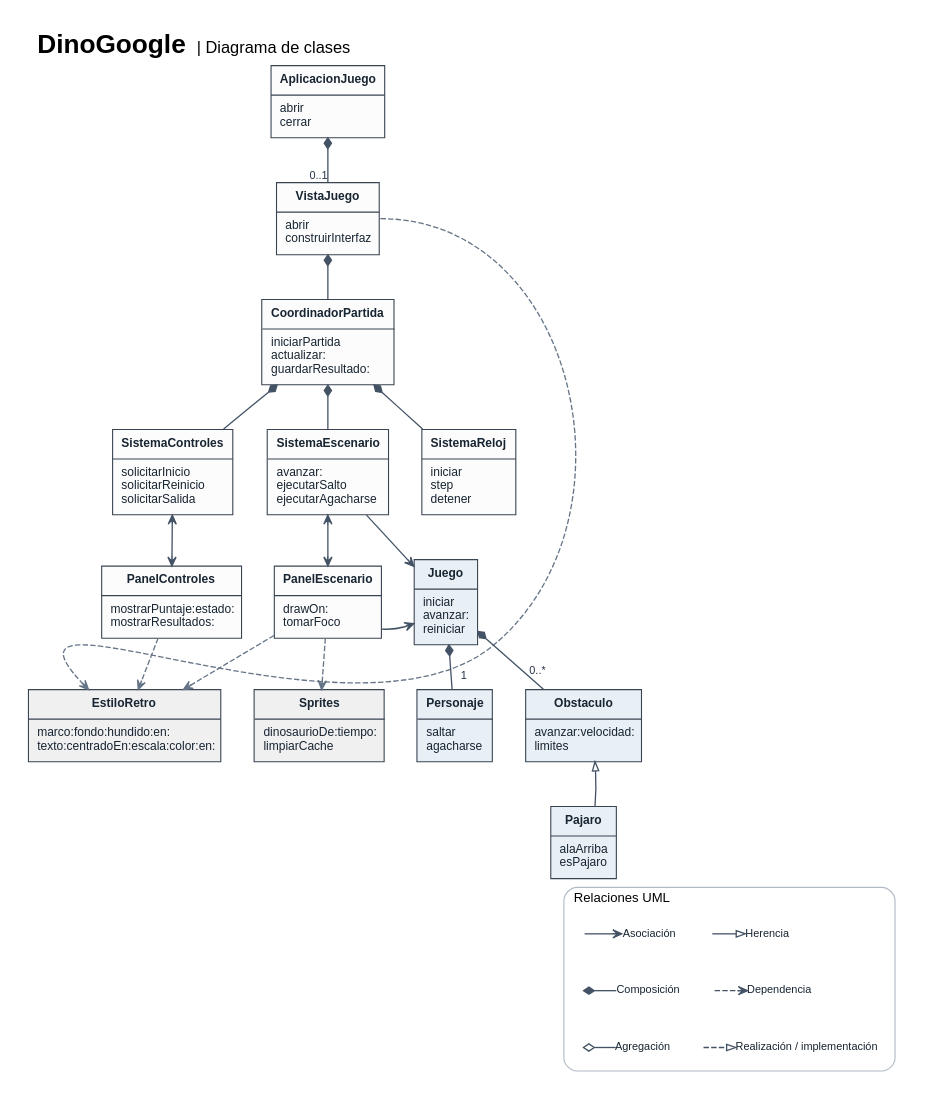
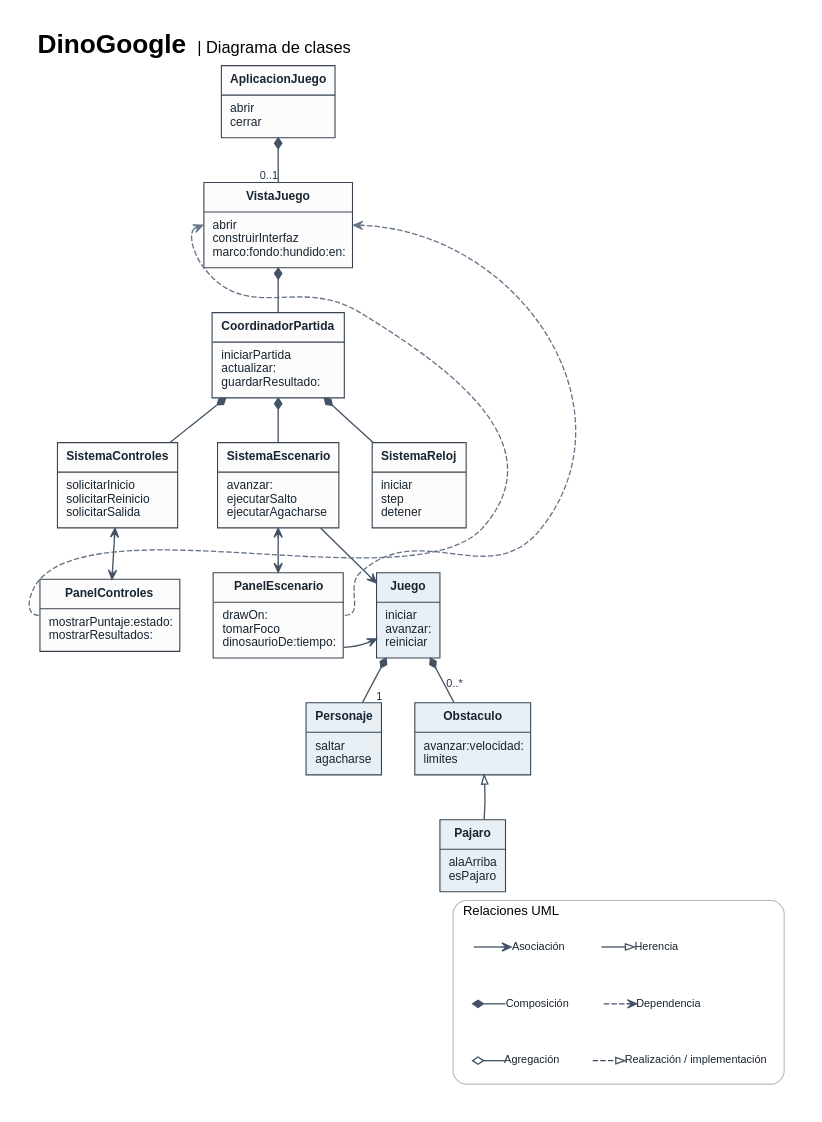
One commit to CnioritoD/DinoGoogle changed the diagram in docs/diagrama-de-clases.dot. Above: the diagram before and after it, drawn with Graphviz. The commit also changed 6 other files, not shown here.

Commit message:
Integrar el estilo y los sprites en las vistas existentes

```diff
--- a/docs/diagrama-de-clases.dot
+++ b/docs/diagrama-de-clases.dot
@@ -1,132 +1,123 @@
 digraph DinoGoogle {
   graph [rankdir=TB, bgcolor="#ffffff", pad=0.26, nodesep=0.42, ranksep=0.57,
     fontname="Arial", fontsize=24, labelloc=t, labeljust=l,
     label=<<B>DinoGoogle</B> <FONT POINT-SIZE="15">| Diagrama de clases</FONT>>];
   node [shape=plain, fontname="Arial", fontsize=11,
     color="#394452", fontcolor="#172431", penwidth=1.15, margin="0.16,0.09"];
   edge [fontname="Arial", fontsize=10, color="#435365", fontcolor="#243246",
     penwidth=1.2, arrowsize=0.83];
 
   AplicacionJuego [label=<<TABLE BORDER="1" COLOR="#394452" CELLBORDER="0" CELLSPACING="0" CELLPADDING="7" BGCOLOR="#fcfcfc">
     <TR><TD><B>AplicacionJuego</B></TD></TR>
     <HR/><TR><TD ALIGN="LEFT" BALIGN="LEFT">abrir<BR ALIGN="LEFT"/>cerrar</TD></TR>
   </TABLE>>];
   VistaJuego [label=<<TABLE BORDER="1" COLOR="#394452" CELLBORDER="0" CELLSPACING="0" CELLPADDING="7" BGCOLOR="#fcfcfc">
     <TR><TD><B>VistaJuego</B></TD></TR>
-    <HR/><TR><TD ALIGN="LEFT" BALIGN="LEFT">abrir<BR ALIGN="LEFT"/>construirInterfaz</TD></TR>
+    <HR/><TR><TD ALIGN="LEFT" BALIGN="LEFT">abrir<BR ALIGN="LEFT"/>construirInterfaz<BR ALIGN="LEFT"/>marco:fondo:hundido:en:</TD></TR>
   </TABLE>>];
   CoordinadorPartida [label=<<TABLE BORDER="1" COLOR="#394452" CELLBORDER="0" CELLSPACING="0" CELLPADDING="7" BGCOLOR="#fcfcfc">
     <TR><TD><B>CoordinadorPartida</B></TD></TR>
     <HR/><TR><TD ALIGN="LEFT" BALIGN="LEFT">iniciarPartida<BR ALIGN="LEFT"/>actualizar:<BR ALIGN="LEFT"/>guardarResultado:</TD></TR>
   </TABLE>>];
   SistemaControles [label=<<TABLE BORDER="1" COLOR="#394452" CELLBORDER="0" CELLSPACING="0" CELLPADDING="7" BGCOLOR="#fcfcfc">
     <TR><TD><B>SistemaControles</B></TD></TR>
     <HR/><TR><TD ALIGN="LEFT" BALIGN="LEFT">solicitarInicio<BR ALIGN="LEFT"/>solicitarReinicio<BR ALIGN="LEFT"/>solicitarSalida</TD></TR>
   </TABLE>>];
   SistemaEscenario [label=<<TABLE BORDER="1" COLOR="#394452" CELLBORDER="0" CELLSPACING="0" CELLPADDING="7" BGCOLOR="#fcfcfc">
     <TR><TD><B>SistemaEscenario</B></TD></TR>
     <HR/><TR><TD ALIGN="LEFT" BALIGN="LEFT">avanzar:<BR ALIGN="LEFT"/>ejecutarSalto<BR ALIGN="LEFT"/>ejecutarAgacharse</TD></TR>
   </TABLE>>];
   SistemaReloj [label=<<TABLE BORDER="1" COLOR="#394452" CELLBORDER="0" CELLSPACING="0" CELLPADDING="7" BGCOLOR="#fcfcfc">
     <TR><TD><B>SistemaReloj</B></TD></TR>
     <HR/><TR><TD ALIGN="LEFT" BALIGN="LEFT">iniciar<BR ALIGN="LEFT"/>step<BR ALIGN="LEFT"/>detener</TD></TR>
   </TABLE>>];
   PanelControles [label=<<TABLE BORDER="1" COLOR="#394452" CELLBORDER="0" CELLSPACING="0" CELLPADDING="7" BGCOLOR="#fcfcfc">
     <TR><TD><B>PanelControles</B></TD></TR>
     <HR/><TR><TD ALIGN="LEFT" BALIGN="LEFT">mostrarPuntaje:estado:<BR ALIGN="LEFT"/>mostrarResultados:</TD></TR>
   </TABLE>>];
   PanelEscenario [label=<<TABLE BORDER="1" COLOR="#394452" CELLBORDER="0" CELLSPACING="0" CELLPADDING="7" BGCOLOR="#fcfcfc">
     <TR><TD><B>PanelEscenario</B></TD></TR>
-    <HR/><TR><TD ALIGN="LEFT" BALIGN="LEFT">drawOn:<BR ALIGN="LEFT"/>tomarFoco</TD></TR>
+    <HR/><TR><TD ALIGN="LEFT" BALIGN="LEFT">drawOn:<BR ALIGN="LEFT"/>tomarFoco<BR ALIGN="LEFT"/>dinosaurioDe:tiempo:</TD></TR>
   </TABLE>>];
   Juego [label=<<TABLE BORDER="1" COLOR="#394452" CELLBORDER="0" CELLSPACING="0" CELLPADDING="7" BGCOLOR="#e9f0f5">
     <TR><TD><B>Juego</B></TD></TR>
     <HR/><TR><TD ALIGN="LEFT" BALIGN="LEFT">iniciar<BR ALIGN="LEFT"/>avanzar:<BR ALIGN="LEFT"/>reiniciar</TD></TR>
   </TABLE>>];
   Personaje [label=<<TABLE BORDER="1" COLOR="#394452" CELLBORDER="0" CELLSPACING="0" CELLPADDING="7" BGCOLOR="#e9f0f5">
     <TR><TD><B>Personaje</B></TD></TR>
     <HR/><TR><TD ALIGN="LEFT" BALIGN="LEFT">saltar<BR ALIGN="LEFT"/>agacharse</TD></TR>
   </TABLE>>];
   Obstaculo [label=<<TABLE BORDER="1" COLOR="#394452" CELLBORDER="0" CELLSPACING="0" CELLPADDING="7" BGCOLOR="#e9f0f5">
     <TR><TD><B>Obstaculo</B></TD></TR>
     <HR/><TR><TD ALIGN="LEFT" BALIGN="LEFT">avanzar:velocidad:<BR ALIGN="LEFT"/>limites</TD></TR>
   </TABLE>>];
   Pajaro [label=<<TABLE BORDER="1" COLOR="#394452" CELLBORDER="0" CELLSPACING="0" CELLPADDING="7" BGCOLOR="#e9f0f5">
     <TR><TD><B>Pajaro</B></TD></TR>
     <HR/><TR><TD ALIGN="LEFT" BALIGN="LEFT">alaArriba<BR ALIGN="LEFT"/>esPajaro</TD></TR>
-  </TABLE>>];
-  EstiloRetro [label=<<TABLE BORDER="1" COLOR="#394452" CELLBORDER="0" CELLSPACING="0" CELLPADDING="7" BGCOLOR="#f0f0f1">
-    <TR><TD><B>EstiloRetro</B></TD></TR>
-    <HR/><TR><TD ALIGN="LEFT" BALIGN="LEFT">marco:fondo:hundido:en:<BR ALIGN="LEFT"/>texto:centradoEn:escala:color:en:</TD></TR>
-  </TABLE>>];
-  Sprites [label=<<TABLE BORDER="1" COLOR="#394452" CELLBORDER="0" CELLSPACING="0" CELLPADDING="7" BGCOLOR="#f0f0f1">
-    <TR><TD><B>Sprites</B></TD></TR>
-    <HR/><TR><TD ALIGN="LEFT" BALIGN="LEFT">dinosaurioDe:tiempo:<BR ALIGN="LEFT"/>limpiarCache</TD></TR>
   </TABLE>>];
 
   // El rombo relleno va del lado del objeto que contiene al componente.
   edge [dir=back, arrowtail=diamond, arrowhead=none];
   AplicacionJuego -> VistaJuego [headlabel="0..1"];
   VistaJuego -> CoordinadorPartida;
   CoordinadorPartida -> SistemaControles;
   CoordinadorPartida -> SistemaEscenario;
   CoordinadorPartida -> SistemaReloj;
   Juego -> Personaje [headlabel="1", labeldistance=1.6, labelangle=-46];
   Juego -> Obstaculo [headlabel="0..*", labeldistance=1.7, labelangle=-30];
 
   // La asociación muestra una referencia conservada por la clase.
   edge [dir=forward, arrowtail=none, arrowhead=vee];
   SistemaControles -> PanelControles [dir=both, arrowtail=vee];
   SistemaEscenario -> PanelEscenario [dir=both, arrowtail=vee];
   SistemaEscenario -> Juego;
   PanelEscenario -> Juego [constraint=false];
 
   // La dependencia indica uso sin una referencia de instancia propia.
   edge [style=dashed, arrowhead=vee, color="#657487"];
-  PanelEscenario -> Sprites;
-  VistaJuego:e -> EstiloRetro:nw [constraint=false];
-  PanelControles -> EstiloRetro;
-  PanelEscenario -> EstiloRetro [constraint=false];
+
+  PanelControles:w -> VistaJuego:w [constraint=false];
+  PanelEscenario:e -> VistaJuego:e [constraint=false];
 
   // El triángulo hueco señala la superclase.
   edge [style=solid, color="#435365", arrowhead=onormal, constraint=false];
   Pajaro -> Obstaculo;
 
   {rank=same; SistemaControles; SistemaEscenario; SistemaReloj}
   {rank=same; PanelControles; PanelEscenario; Juego}
-  {rank=same; EstiloRetro; Sprites; Personaje; Obstaculo}
+  {rank=same; Personaje; Obstaculo}
   edge [style=invis, constraint=true, weight=10];
   PanelControles -> PanelEscenario -> Juego;
-  EstiloRetro -> Sprites -> Personaje -> Obstaculo;
+  Personaje -> Obstaculo;
   Obstaculo -> Pajaro;
 
   subgraph cluster_leyenda {
     graph [label="Relaciones UML", fontname="Arial", fontsize=12, style=rounded, color="#b1bac5", margin=16];
     node [shape=plain, style="", fontname="Arial", fontsize=10];
     asociacion [label="Asociación"];
     herencia [label="Herencia"];
     composicion [label="Composición"];
     dependencia [label="Dependencia"];
     agregacion [label="Agregación"];
     realizacion [label="Realización / implementación"];
     node [shape=point, width=0.015, height=0.015, fixedsize=true, label="", style=invis];
     edge [style=solid, constraint=true, weight=1, arrowtail=none, arrowhead=vee];
     {rank=same; a; asociacion; h; herencia}
     {rank=same; c; composicion; d; dependencia}
     {rank=same; g; agregacion; r; realizacion}
     a -> asociacion;
     h -> herencia [arrowhead=onormal];
     c -> composicion [dir=back, arrowtail=diamond, arrowhead=none];
     d -> dependencia [style=dashed];
     g -> agregacion [dir=back, arrowtail=odiamond, arrowhead=none];
     r -> realizacion [style=dashed, arrowhead=onormal];
     asociacion -> h [style=invis];
     composicion -> d [style=invis];
     agregacion -> r [style=invis];
     a -> c -> g [style=invis, minlen=1];
     h -> d -> r [style=invis, minlen=1];
   }
   // Mantiene la leyenda debajo del diagrama.
   Pajaro -> a [style=invis];
 
 }
```
